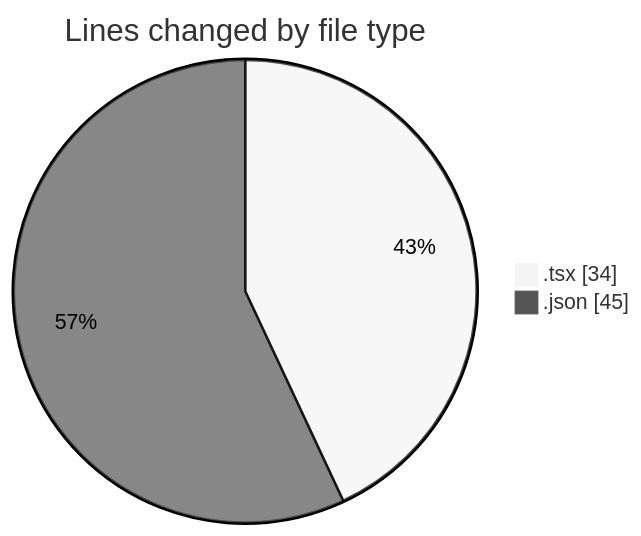
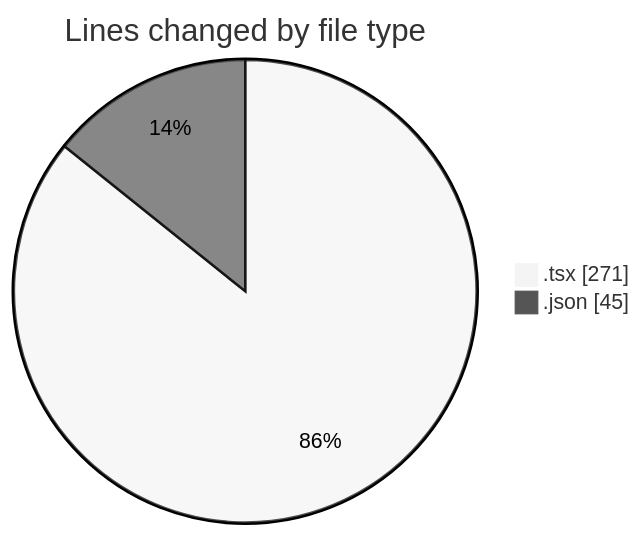
Before and after one commit to momahboobian/code-tracking: the first of 2 diagrams in 2026-08-07/cda/README.md, drawn with Mermaid (neutral theme). The commit also changed other lines of this file and 1 other file, not shown here.

````diff
--- a/2026-08-07/cda/README.md
+++ b/2026-08-07/cda/README.md
@@ -23,6 +23,6 @@
 ```mermaid
 pie showData
 title Lines changed by file type
-".tsx" : 34
+".tsx" : 271
 ".json" : 45
 ```
````
